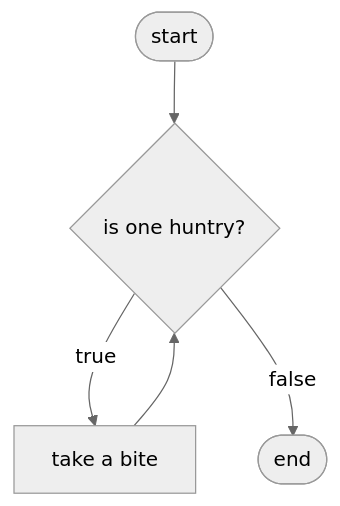
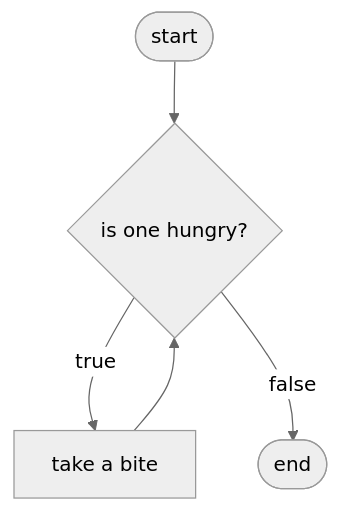
The second of 2 diagrams in 0016/index.md (proftak/modules), drawn with Mermaid (neutral theme) before and after one commit. The commit also changed other lines of this file, not shown here.

````diff
--- a/0016/index.md
+++ b/0016/index.md
@@ -126,11 +128,11 @@
 ```mermaid
 flowchart TD
 start@{shape: stadium, label: "start"}
-decision@{shape: diamond, label: "is one huntry?"}
+decision@{shape: diamond, label: "is one hungry?"}
 eat@{shape: rect, label: "take a bite" }
 finish@{shape: stadium, label: "end" }
 start --> decision
 decision -->|true| eat
 decision -->|false| finish
 eat --> decision
 ```
````
